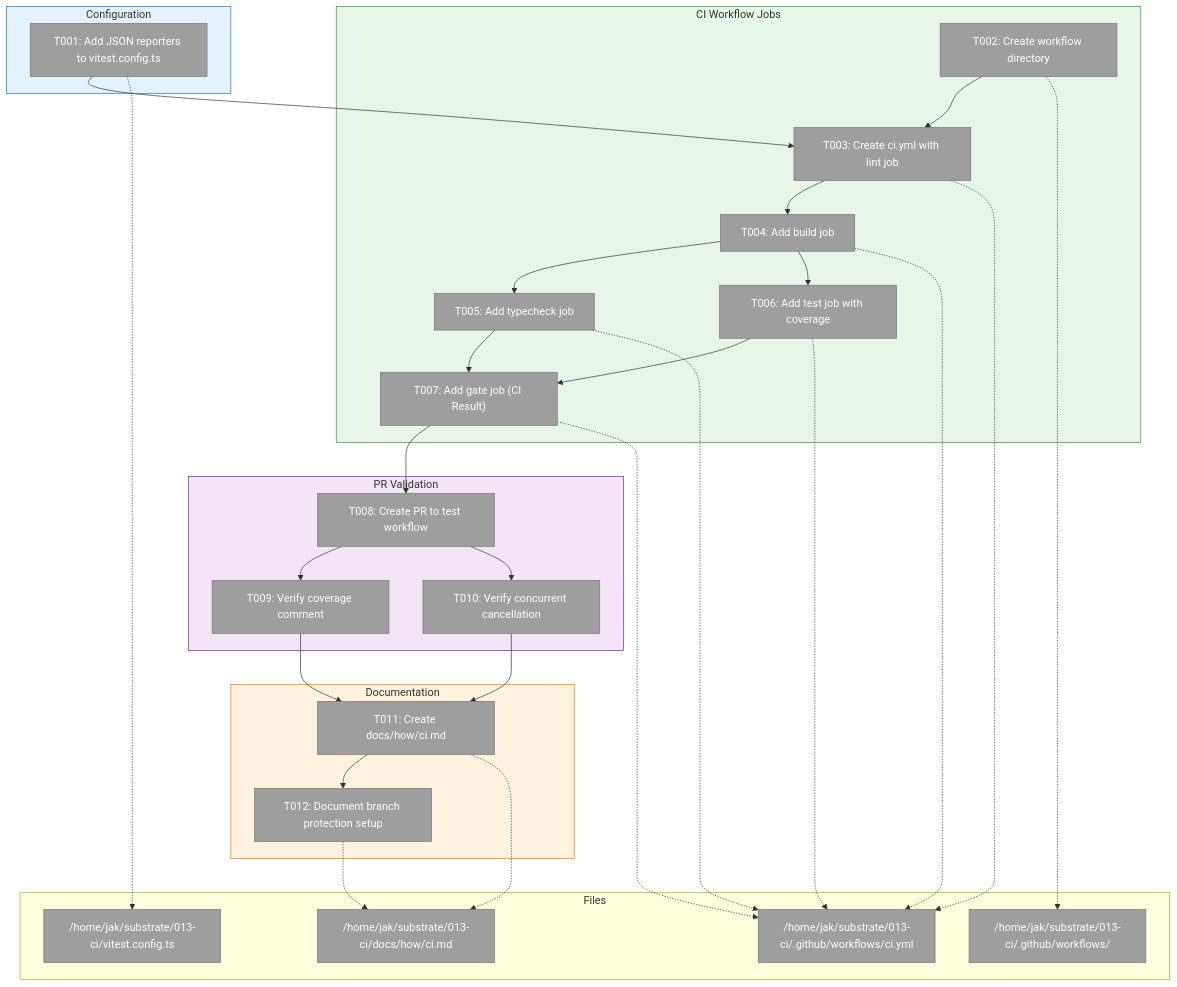
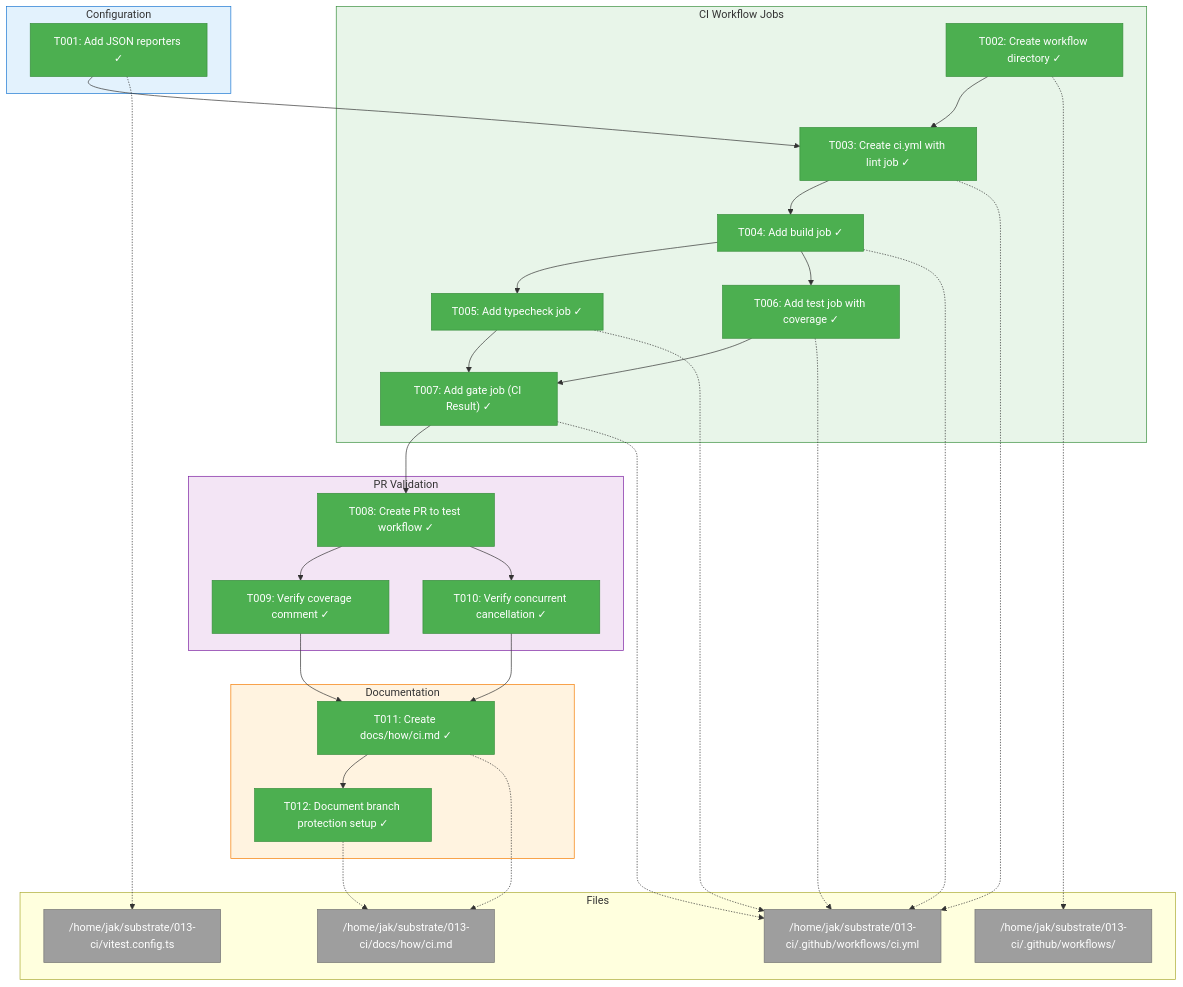
One commit to AI-Substrate/chainglass changed the first of 3 diagrams in docs/plans/013-ci/tasks.md. Above: the diagram before and after it, drawn with Mermaid. The commit also changed other lines of this file and 1 other file, not shown here.

Commit message:
docs: Update progress tracking with footnotes and diagram
- Add detailed footnotes [^1-4] to Change Footnotes Ledger
- Update Architecture Map diagram (all nodes completed)
- Update Task-to-Component Mapping table (all ✅ Complete)
- Link footnotes to task table entries

````diff
--- a/docs/plans/013-ci/tasks.md
+++ b/docs/plans/013-ci/tasks.md
@@ -79,70 +79,70 @@
 ```mermaid
 flowchart TD
     classDef pending fill:#9E9E9E,stroke:#757575,color:#fff
     classDef inprogress fill:#FF9800,stroke:#F57C00,color:#fff
     classDef completed fill:#4CAF50,stroke:#388E3C,color:#fff
     classDef blocked fill:#F44336,stroke:#D32F2F,color:#fff
 
     style Config fill:#E3F2FD,stroke:#1976D2
     style Workflow fill:#E8F5E9,stroke:#388E3C
     style Docs fill:#FFF3E0,stroke:#F57C00
     style Validation fill:#F3E5F5,stroke:#7B1FA2
 
     subgraph Config["Configuration"]
-        T001["T001: Add JSON reporters to vitest.config.ts"]:::pending
+        T001["T001: Add JSON reporters ✓"]:::completed
     end
 
     subgraph Workflow["CI Workflow Jobs"]
-        T002["T002: Create workflow directory"]:::pending
-        T003["T003: Create ci.yml with lint job"]:::pending
-        T004["T004: Add build job"]:::pending
-        T005["T005: Add typecheck job"]:::pending
-        T006["T006: Add test job with coverage"]:::pending
-        T007["T007: Add gate job (CI Result)"]:::pending
+        T002["T002: Create workflow directory ✓"]:::completed
+        T003["T003: Create ci.yml with lint job ✓"]:::completed
+        T004["T004: Add build job ✓"]:::completed
+        T005["T005: Add typecheck job ✓"]:::completed
+        T006["T006: Add test job with coverage ✓"]:::completed
+        T007["T007: Add gate job (CI Result) ✓"]:::completed
 
         T002 --> T003
         T003 --> T004
         T004 --> T005
         T004 --> T006
         T005 --> T007
         T006 --> T007
     end
 
     subgraph Validation["PR Validation"]
-        T008["T008: Create PR to test workflow"]:::pending
-        T009["T009: Verify coverage comment"]:::pending
-        T010["T010: Verify concurrent cancellation"]:::pending
+        T008["T008: Create PR to test workflow ✓"]:::completed
+        T009["T009: Verify coverage comment ✓"]:::completed
+        T010["T010: Verify concurrent cancellation ✓"]:::completed
 
         T008 --> T009
         T008 --> T010
     end
 
     subgraph Docs["Documentation"]
-        T011["T011: Create docs/how/ci.md"]:::pending
-        T012["T012: Document branch protection setup"]:::pending
+        T011["T011: Create docs/how/ci.md ✓"]:::completed
+        T012["T012: Document branch protection setup ✓"]:::completed
 
         T011 --> T012
     end
 
     T001 --> T003
     T007 --> T008
     T009 --> T011
     T010 --> T011
 
     subgraph Files["Files"]
         F1["/home/jak/substrate/013-ci/vitest.config.ts"]:::pending
         F2["/home/jak/substrate/013-ci/.github/workflows/"]:::pending
         F3["/home/jak/substrate/013-ci/.github/workflows/ci.yml"]:::pending
         F4["/home/jak/substrate/013-ci/docs/how/ci.md"]:::pending
     end
 
     T001 -.-> F1
     T002 -.-> F2
     T003 -.-> F3
     T004 -.-> F3
     T005 -.-> F3
     T006 -.-> F3
     T007 -.-> F3
     T011 -.-> F4
     T012 -.-> F4
 ```
````
